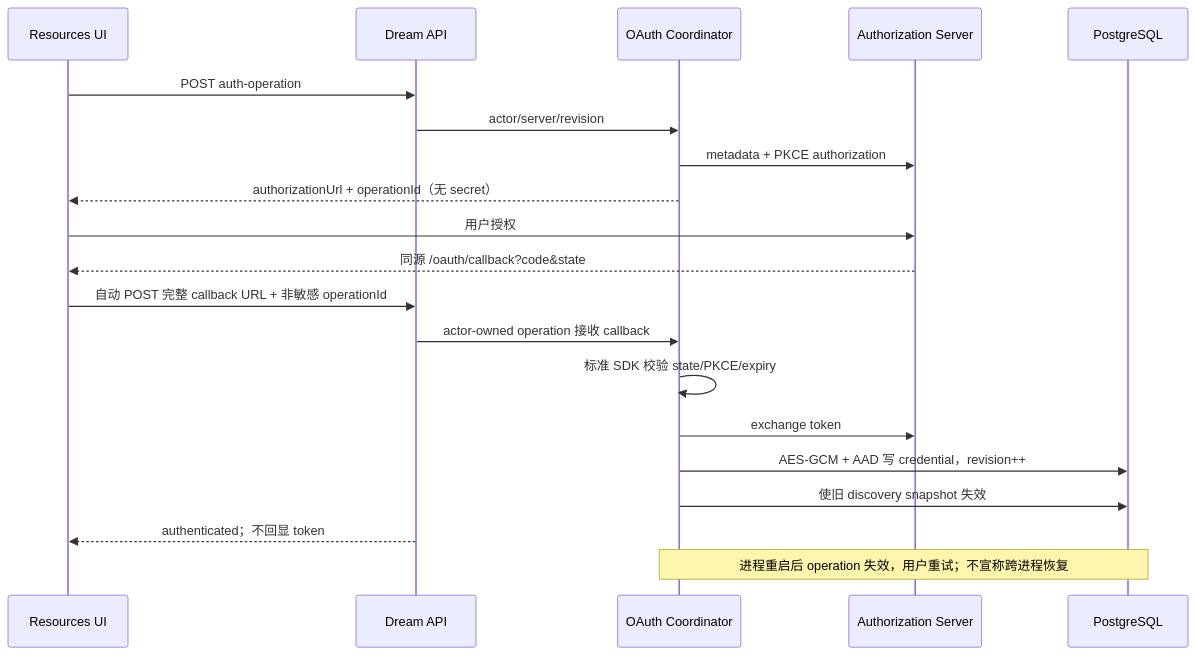
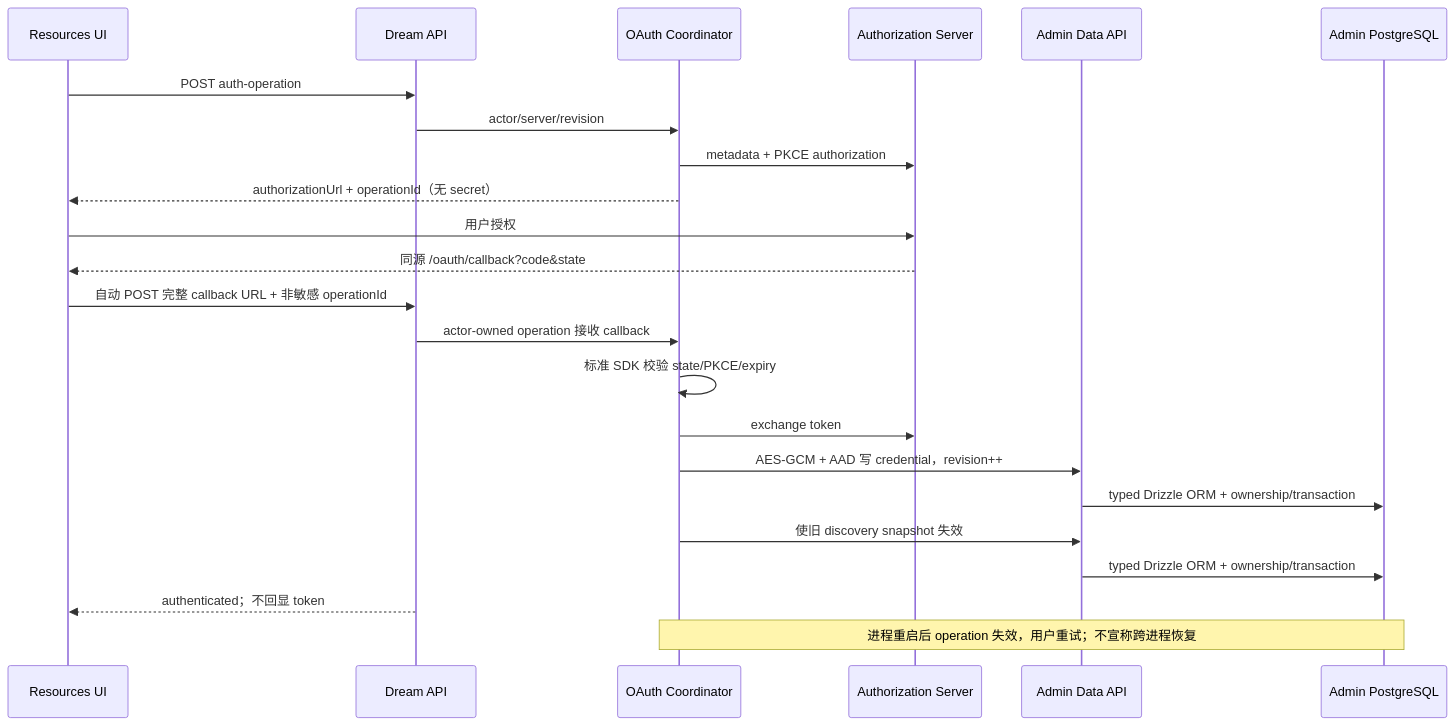
The fifth of 12 diagrams in docs/design/claude-agent/dream-managed-mcp-resources.md (glide-the/im-dream), drawn with Mermaid before and after one commit. The commit also changed other lines of this file and 30 other files, not shown here.

````diff
--- a/docs/design/claude-agent/dream-managed-mcp-resources.md
+++ b/docs/design/claude-agent/dream-managed-mcp-resources.md
@@ -213,22 +256,25 @@
 ```mermaid
 sequenceDiagram
     participant UI as Resources UI
     participant API as Dream API
     participant O as OAuth Coordinator
     participant AS as Authorization Server
-    participant DB as PostgreSQL
+    participant Admin as Admin Data API
+    participant DB as Admin PostgreSQL
     UI->>API: POST auth-operation
     API->>O: actor/server/revision
     O->>AS: metadata + PKCE authorization
     O-->>UI: authorizationUrl + operationId（无 secret）
     UI->>AS: 用户授权
     AS-->>UI: 同源 /oauth/callback?code&state
     UI->>API: 自动 POST 完整 callback URL + 非敏感 operationId
     API->>O: actor-owned operation 接收 callback
     O->>O: 标准 SDK 校验 state/PKCE/expiry
     O->>AS: exchange token
-    O->>DB: AES-GCM + AAD 写 credential，revision++
-    O->>DB: 使旧 discovery snapshot 失效
+    O->>Admin: AES-GCM + AAD 写 credential，revision++
+    Admin->>DB: typed Drizzle ORM + ownership/transaction
+    O->>Admin: 使旧 discovery snapshot 失效
+    Admin->>DB: typed Drizzle ORM + ownership/transaction
     API-->>UI: authenticated；不回显 token
     Note over O,DB: 进程重启后 operation 失效，用户重试；不宣称跨进程恢复
 ```
````
